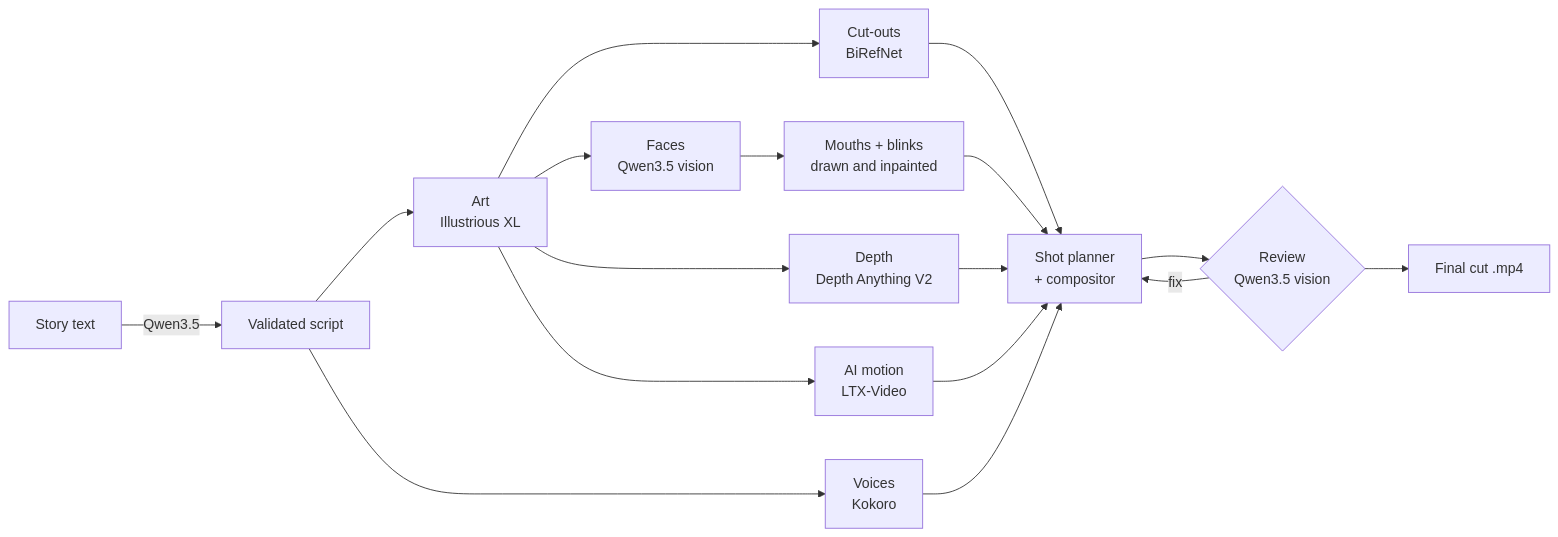
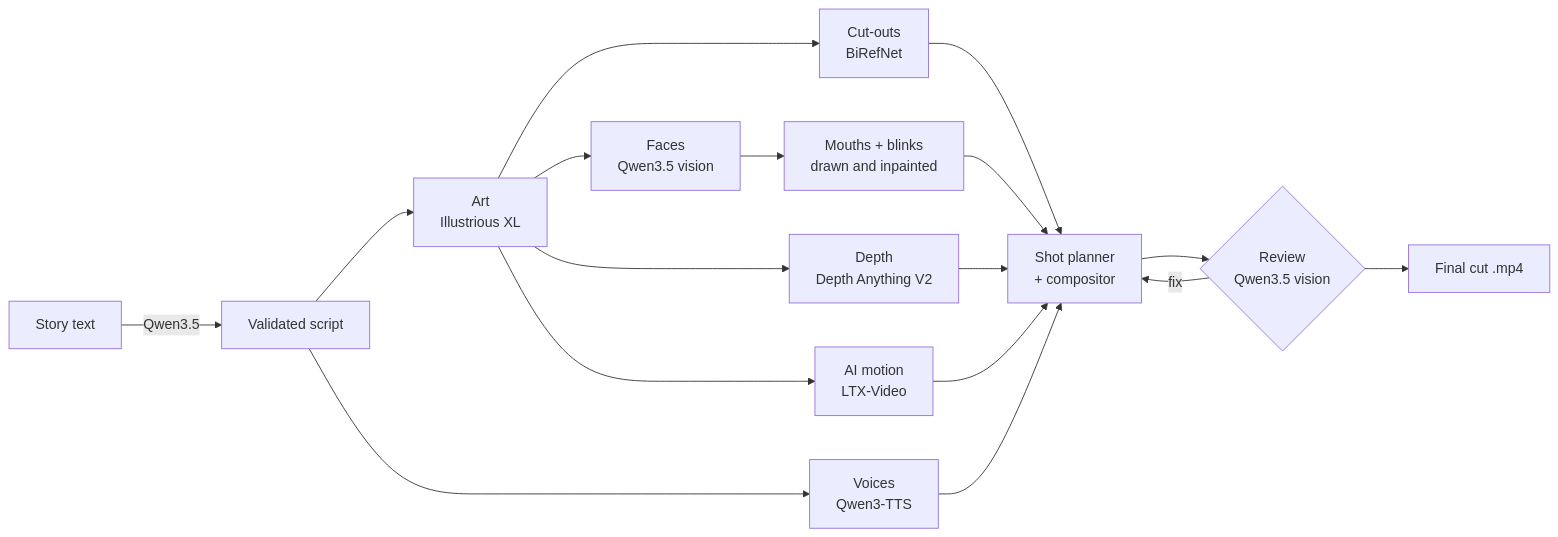
The diagram in README.md (abdulhadiadnan1080/LocaAnimo), drawn with Mermaid before and after one commit. The commit also changed other lines of this file and 26 other files, not shown here.

````diff
--- a/README.md
+++ b/README.md
@@ -100,15 +116,15 @@
 ```mermaid
 flowchart LR
     A[Story text] -->|Qwen3.5| B[Validated script]
     B --> C[Art<br/>Illustrious XL]
     C --> D[Cut-outs<br/>BiRefNet]
     C --> E[Faces<br/>Qwen3.5 vision]
     E --> F[Mouths + blinks<br/>drawn and inpainted]
     C --> G[Depth<br/>Depth Anything V2]
     C --> H[AI motion<br/>LTX-Video]
-    B --> I[Voices<br/>Kokoro]
+    B --> I[Voices<br/>Qwen3-TTS]
     D & F & G & H & I --> J[Shot planner<br/>+ compositor]
     J --> K{Review<br/>Qwen3.5 vision}
     K -->|fix| J
     K --> L[Final cut .mp4]
 ```
````
